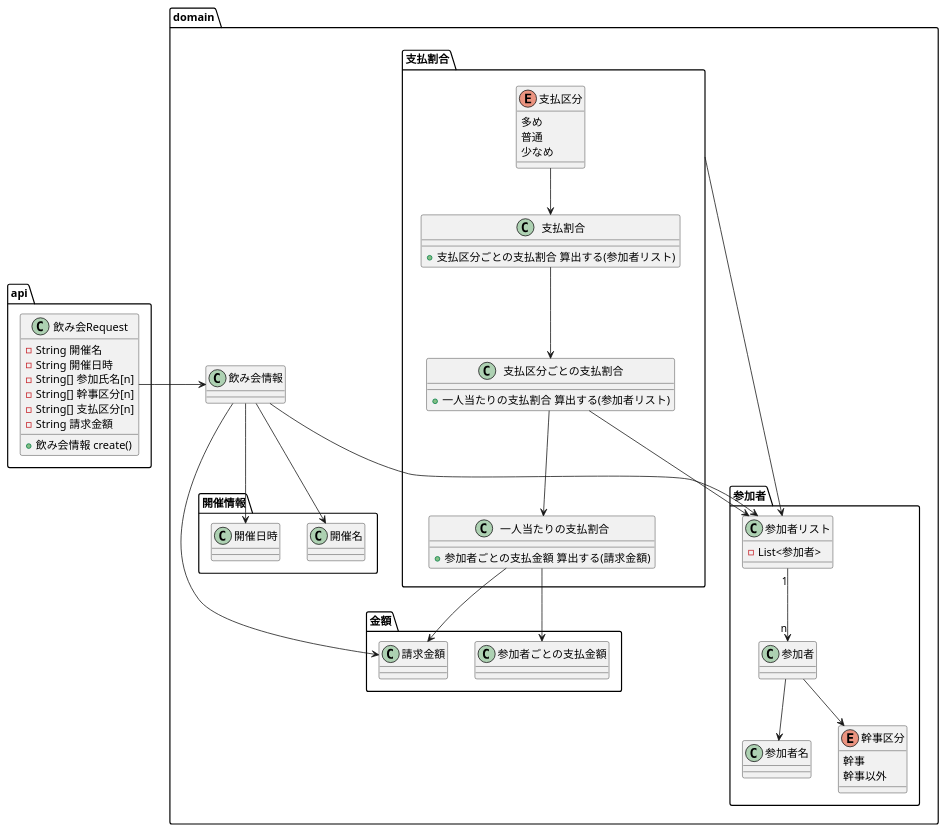
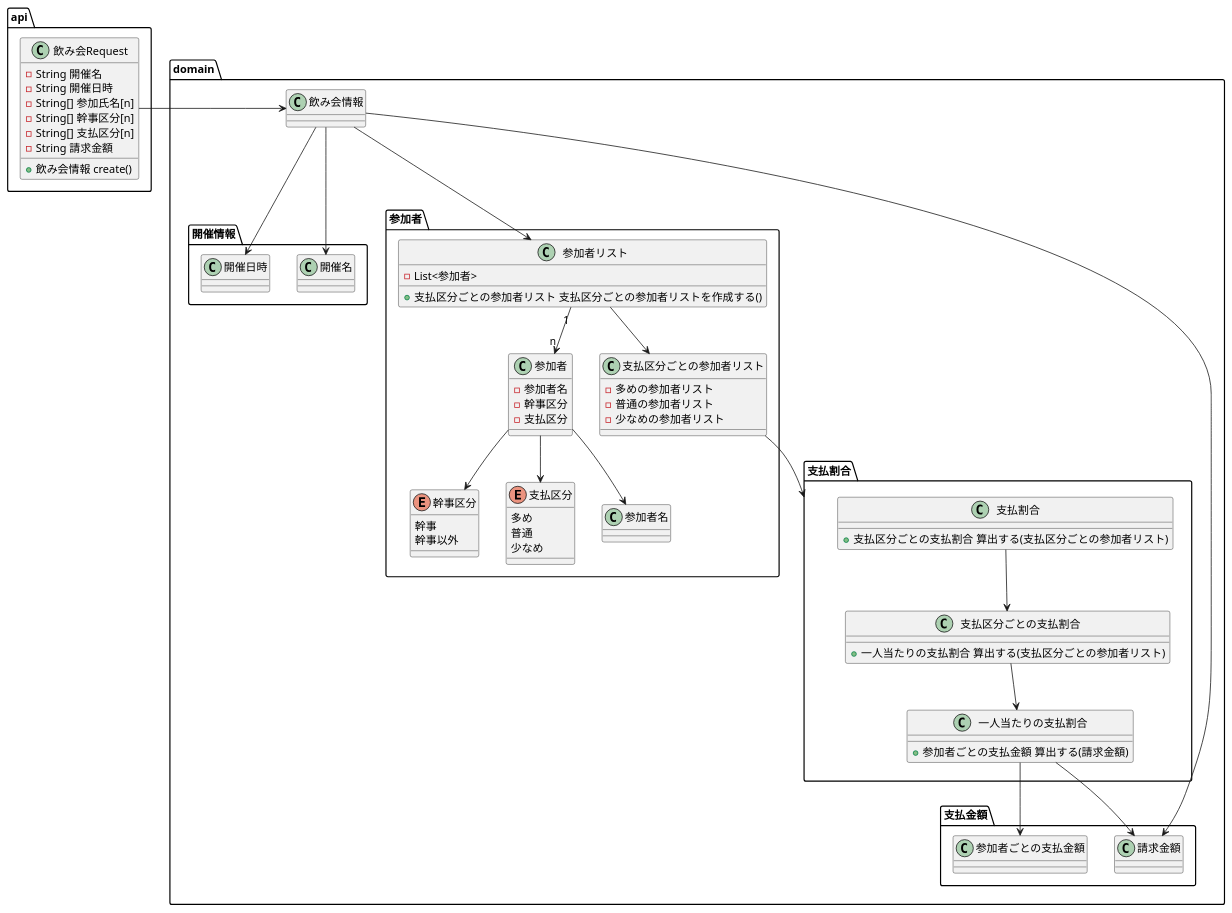
The diagram in document/model.puml (oinao709/ddd-warikan-system), drawn with PlantUML before and after one commit.

Commit message:
支払区分を紐づけるようにモデリングし直し

```diff
--- a/document/model.puml
+++ b/document/model.puml
@@ -1,88 +1,108 @@
 @startuml
 
 package api {
     class 飲み会Request {
         - String 開催名
         - String 開催日時
         - String[] 参加氏名[n]
         - String[] 幹事区分[n]
         - String[] 支払区分[n]
         - String 請求金額
         + 飲み会情報 create()
     }
 }
 
 package domain {
     class 飲み会情報 {
     }
+
     package 開催情報 {
         class 開催名 {
         }
         class 開催日時 {
         }
     }
 
     package 参加者 {
 
         class 参加者リスト {
             - List<参加者>
+            + 支払区分ごとの参加者リスト 支払区分ごとの参加者リストを作成する()
         }
         class 参加者 {
-        }
-        class 参加者名 {
+            - 参加者名
+            - 幹事区分
+            - 支払区分
         }
         enum 幹事区分 {
             幹事
             幹事以外
         }
 
-        参加者リスト "1" --> "n" 参加者
-        参加者 --> 参加者名
-        参加者 --> 幹事区分
-    }
-
-    package 支払割合 {
         enum 支払区分 {
             多め
             普通
             少なめ
         }
+
+        class 支払区分ごとの参加者リスト {
+            - 多めの参加者リスト
+            - 普通の参加者リスト
+            - 少なめの参加者リスト
+        }
+
+        参加者リスト "1" --> "n" 参加者
+        参加者リスト --> 支払区分ごとの参加者リスト
+        参加者 --> 参加者名
+        参加者 --> 幹事区分
+        参加者 --> 支払区分
+
+    }
+
+
+
+
+    package 支払割合 {
         class 支払割合 {
-            + 支払区分ごとの支払割合 算出する(参加者リスト)
+            + 支払区分ごとの支払割合 算出する(支払区分ごとの参加者リスト)
         }
 
         class 支払区分ごとの支払割合 {
-            + 一人当たりの支払割合 算出する(参加者リスト)
+            + 一人当たりの支払割合 算出する(支払区分ごとの参加者リスト)
         }
 
         class 一人当たりの支払割合 {
             + 参加者ごとの支払金額 算出する(請求金額)
         }
 
-        支払区分 --> 支払割合
         支払割合 --> 支払区分ごとの支払割合
         支払区分ごとの支払割合 --> 一人当たりの支払割合
     }
 
-    package 金額 {
+    package 支払金額 {
         class 請求金額 {
         }
+
         class 参加者ごとの支払金額 {
         }
     }
 
     飲み会情報 --> 開催名
     飲み会情報 --> 開催日時
     飲み会情報 --> 参加者リスト
     飲み会情報 --> 請求金額
 
-    支払割合 --> 参加者リスト
-    支払区分ごとの支払割合 --> 参加者リスト
+    支払区分ごとの参加者リスト --> 支払割合
 
     一人当たりの支払割合 --> 請求金額
     一人当たりの支払割合 --> 参加者ごとの支払金額
+
+
+
+
 }
 
 飲み会Request -> 飲み会情報
 
+
 @enduml
```
